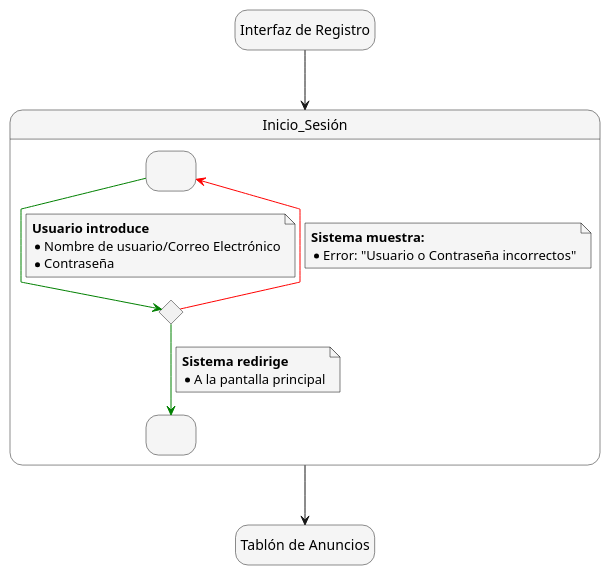
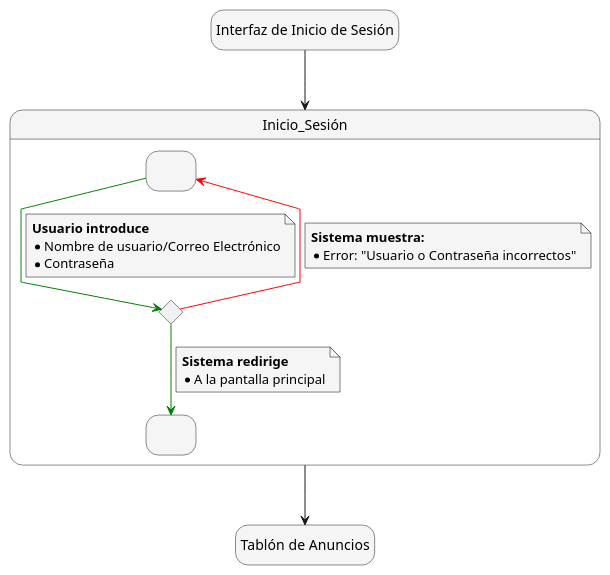
One commit to mmasias/24-25-IdSw1-SDR changed the diagram in modelosUML - Codigo/Detallado de CdU/CdU_Inicio_Sesión.puml. Above: the diagram before and after it, drawn with PlantUML.

```diff
--- a/modelosUML - Codigo/Detallado de CdU/CdU_Inicio_Sesión.puml
+++ b/modelosUML - Codigo/Detallado de CdU/CdU_Inicio_Sesión.puml
@@ -1,47 +1,47 @@
 @startuml Inicio_Sesión
 skinparam {
     NoteBackgroundColor #whiteSmoke
     NoteBorderColor #black
     linetype polyline
 }
 
 skinparam state {
     BackgroundColor #whiteSmoke
 }
 
 hide empty description
 
-state startState as "Interfaz de Registro"
+state startState as "Interfaz de Inicio de Sesión"
 state endState as "Tablón de Anuncios"
 
 
 startState --> Inicio_Sesión
 
 state Inicio_Sesión {
     state IngresoCredenciales as " "
     state ValidarCredenciales <<choice>>
     state InicioSesionCorrecto as " "
 
     IngresoCredenciales -[#green]-> ValidarCredenciales
     note on link
         <b>Usuario introduce</b>
         * Nombre de usuario/Correo Electrónico
         * Contraseña
     end note
 
     ValidarCredenciales -[#red]-> IngresoCredenciales
     note on link
         <b>Sistema muestra:</b>
         * Error: "Usuario o Contraseña incorrectos"
     end note
 
     ValidarCredenciales -[#green]-> InicioSesionCorrecto
     note on link
         <b>Sistema redirige</b>
         * A la pantalla principal
     end note
 }
 
 Inicio_Sesión --> endState
 
 @enduml
```
